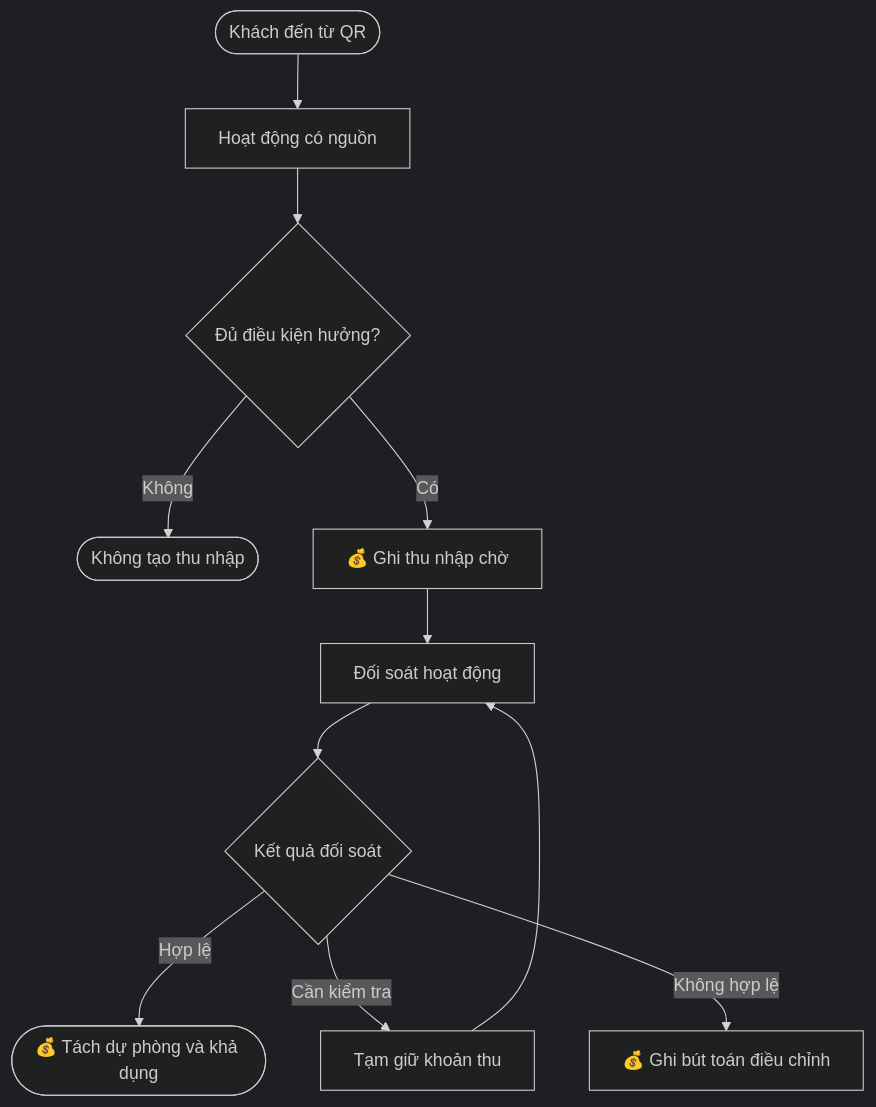
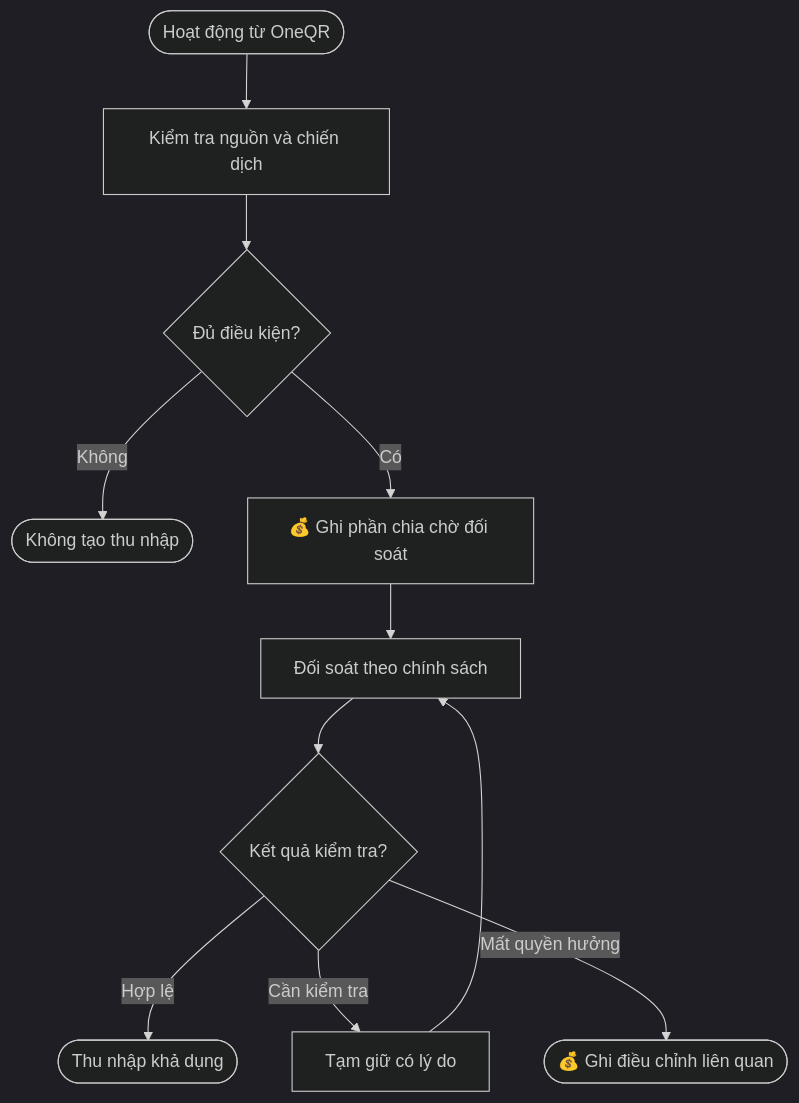
One commit to vlink-group/VlinkPay changed the second of 5 diagrams in nexora/docs/business/business-oneqr-earnings.md. Above: the diagram before and after it, drawn with Mermaid (dark theme). The commit also changed other lines of this file, not shown here.

Commit message:
docs: align OneQR earnings business rules with current PO sources

````diff
--- a/nexora/docs/business/business-oneqr-earnings.md
+++ b/nexora/docs/business/business-oneqr-earnings.md
@@ -166,13 +133,13 @@
 ```mermaid
 flowchart TD
-    A([Khách đến từ QR]) --> B[Hoạt động có nguồn]
-    B --> C{Đủ điều kiện hưởng?}
+    A([Hoạt động từ OneQR]) --> B[Kiểm tra nguồn và chiến dịch]
+    B --> C{Đủ điều kiện?}
     C -- Không --> D([Không tạo thu nhập])
-    C -- Có --> E[💰 Ghi thu nhập chờ]
-    E --> F[Đối soát hoạt động]
-    F --> G{Kết quả đối soát}
-    G -- Hợp lệ --> H([💰 Tách dự phòng và khả dụng])
-    G -- Cần kiểm tra --> I[Tạm giữ khoản thu]
+    C -- Có --> E[💰 Ghi phần chia chờ đối soát]
+    E --> F[Đối soát theo chính sách]
+    F --> G{Kết quả kiểm tra?}
+    G -- Hợp lệ --> H([Thu nhập khả dụng])
+    G -- Cần kiểm tra --> I[Tạm giữ có lý do]
     I --> F
-    G -- Không hợp lệ --> J[💰 Ghi bút toán điều chỉnh]
+    G -- Mất quyền hưởng --> J([💰 Ghi điều chỉnh liên quan])
 ```
````
